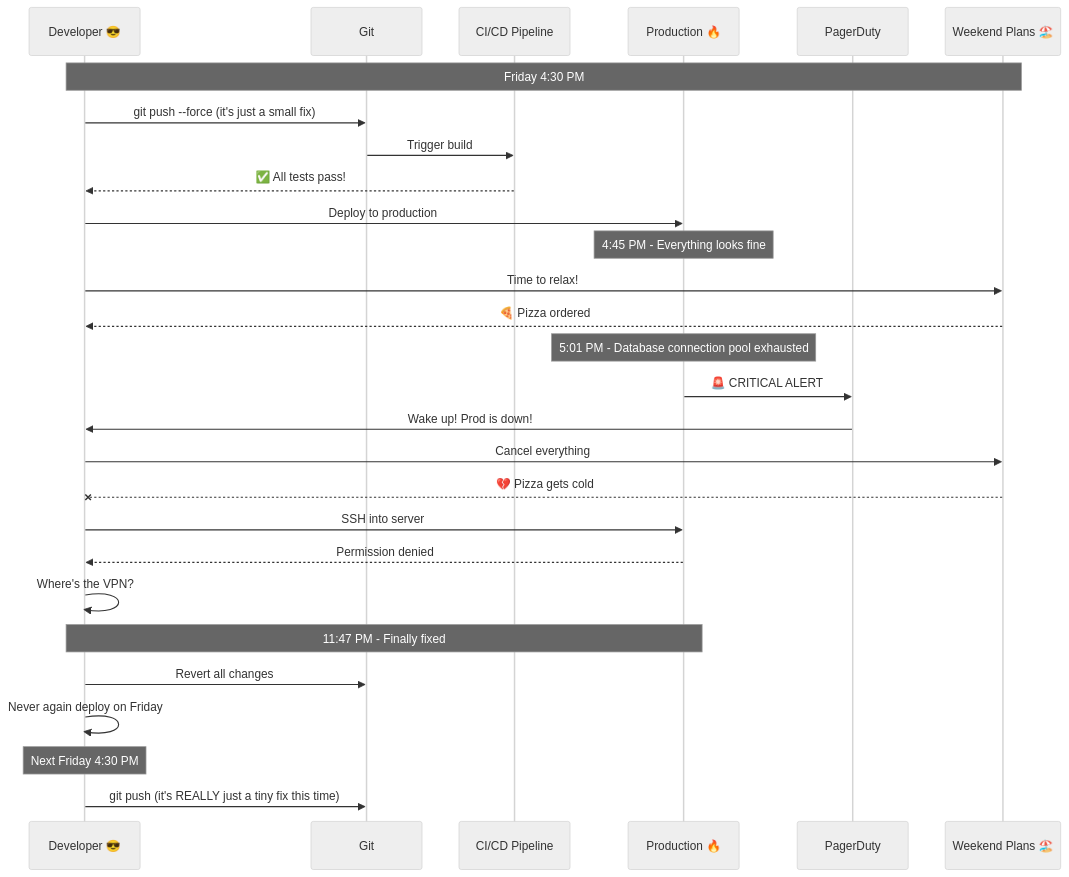
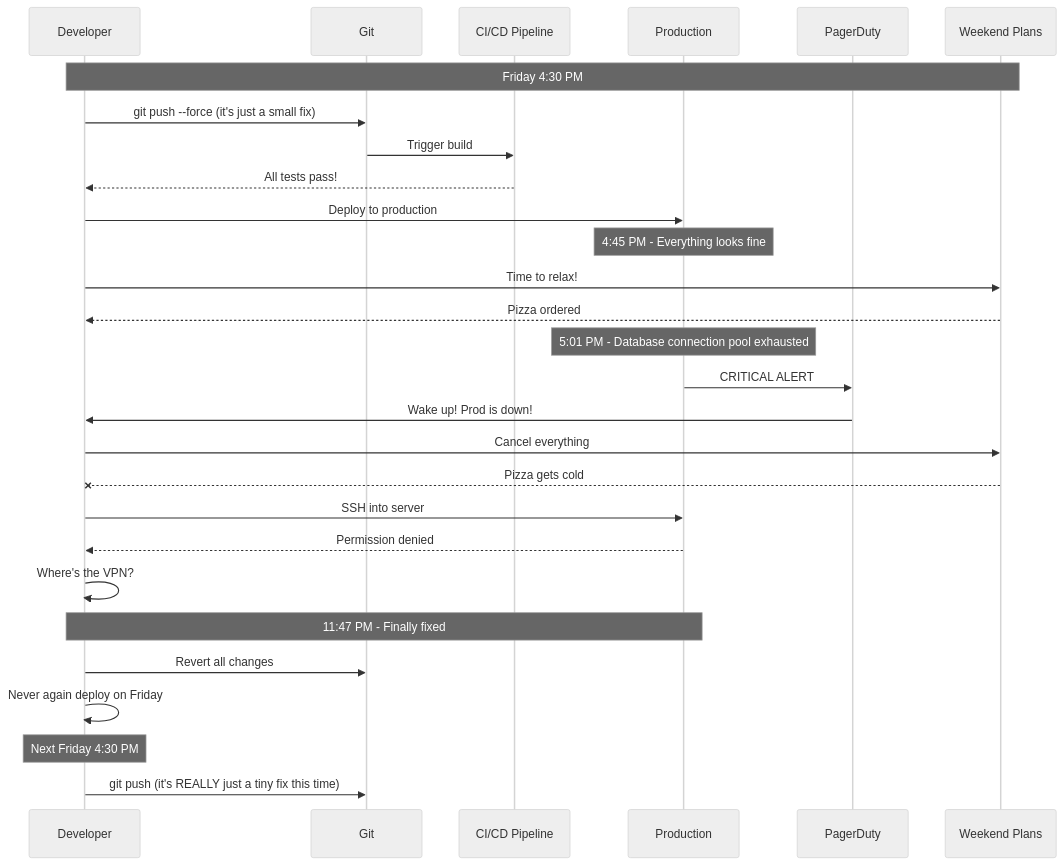
One commit to hexobandit/X9_simplemermaid changed the diagram in examples/deploy-friday.mmd. Above: the diagram before and after it, drawn with Mermaid (neutral theme). The commit also changed 25 other files, not shown here.

```diff
--- a/examples/deploy-friday.mmd
+++ b/examples/deploy-friday.mmd
@@ -1,42 +1,42 @@
 %% Deploy Friday by emphonic.com
 %% Why we never deploy on Fridays... but always do
 
 sequenceDiagram
-    participant Dev as Developer 😎
+    participant Dev as Developer 
     participant Git as Git
     participant CI as CI/CD Pipeline
-    participant Prod as Production 🔥
+    participant Prod as Production 
     participant PagerDuty as PagerDuty
-    participant Weekend as Weekend Plans 🏖️
+    participant Weekend as Weekend Plans 
 
     Note over Dev,Weekend: Friday 4:30 PM
 
     Dev->>Git: git push --force (it's just a small fix)
     Git->>CI: Trigger build
-    CI-->>Dev: ✅ All tests pass!
+    CI-->>Dev: All tests pass!
     Dev->>Prod: Deploy to production
 
     Note over Prod: 4:45 PM - Everything looks fine
 
     Dev->>Weekend: Time to relax!
-    Weekend-->>Dev: 🍕 Pizza ordered
+    Weekend-->>Dev: Pizza ordered
 
     Note over Prod: 5:01 PM - Database connection pool exhausted
 
-    Prod->>PagerDuty: 🚨 CRITICAL ALERT
+    Prod->>PagerDuty: CRITICAL ALERT
     PagerDuty->>Dev: Wake up! Prod is down!
     Dev->>Weekend: Cancel everything
-    Weekend--xDev: 💔 Pizza gets cold
+    Weekend--xDev: Pizza gets cold
 
     Dev->>Prod: SSH into server
     Prod-->>Dev: Permission denied
     Dev->>Dev: Where's the VPN?
 
     Note over Dev,Prod: 11:47 PM - Finally fixed
 
     Dev->>Git: Revert all changes
     Dev->>Dev: Never again deploy on Friday
 
     Note over Dev: Next Friday 4:30 PM
 
     Dev->>Git: git push (it's REALLY just a tiny fix this time)
```
